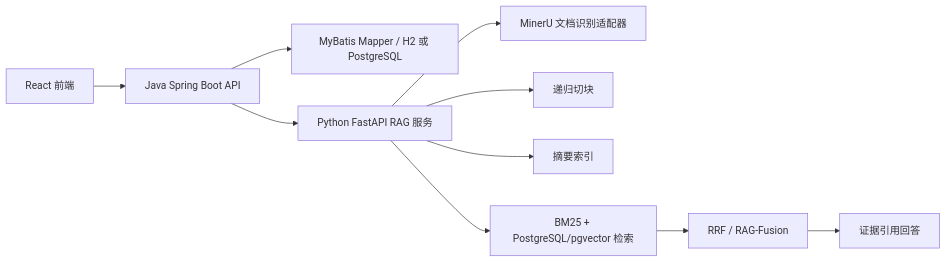
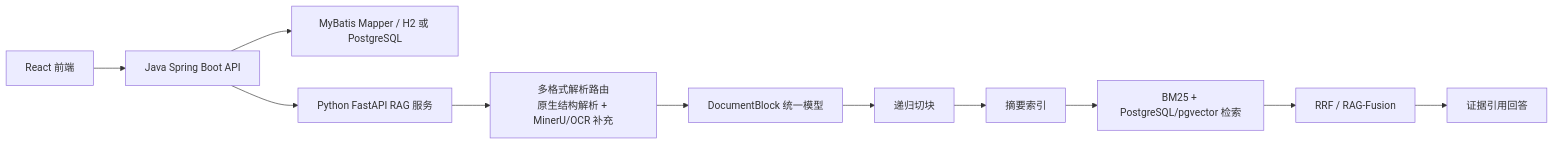
One commit to HeWhenJay/Multimodal-RAG-Agent-Learning-Evidence-Platform changed the diagram in docs/architecture/rag-architecture.md. Above: the diagram before and after it, drawn with Mermaid. The commit also changed other lines of this file and 34 other files, not shown here.

````diff
--- a/docs/architecture/rag-architecture.md
+++ b/docs/architecture/rag-architecture.md
@@ -7,12 +7,13 @@
 ```mermaid
 flowchart LR
     A["React 前端"] --> B["Java Spring Boot API"]
     B --> C["MyBatis Mapper / H2 或 PostgreSQL"]
     B --> D["Python FastAPI RAG 服务"]
-    D --> E["MinerU 文档识别适配器"]
-    D --> F["递归切块"]
-    D --> G["摘要索引"]
-    D --> H["BM25 + PostgreSQL/pgvector 检索"]
-    H --> I["RRF / RAG-Fusion"]
-    I --> J["证据引用回答"]
+    D --> E["多格式解析路由<br/>原生结构解析 + MinerU/OCR 补充"]
+    E --> F["DocumentBlock 统一模型"]
+    F --> G["递归切块"]
+    G --> H["摘要索引"]
+    H --> I["BM25 + PostgreSQL/pgvector 检索"]
+    I --> J["RRF / RAG-Fusion"]
+    J --> K["证据引用回答"]
 ```
````
